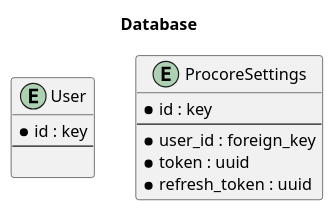
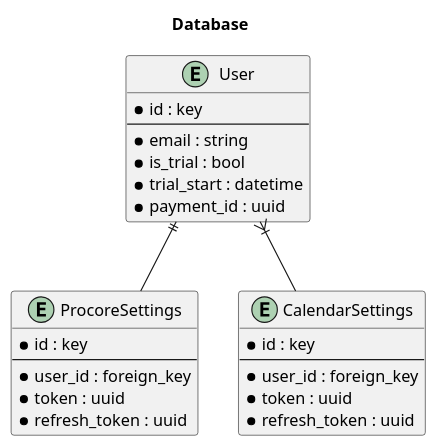
Before and after one commit to adhurjaty/procore-gcal: the diagram in diagrams/database.wsd, drawn with PlantUML. The commit also changed 3 other files, not shown here.

```diff
--- a/diagrams/database.wsd
+++ b/diagrams/database.wsd
@@ -1,19 +1,32 @@
 @startuml
 title Database
 
 entity User {
     * id : key
     ---
-    
+    * email : string
+    * is_trial : bool
+    * trial_start : datetime
+    * payment_id : uuid
 }
 
 entity ProcoreSettings {
     * id : key
     ---
     * user_id : foreign_key
     * token : uuid
     * refresh_token : uuid
 }
 
+entity CalendarSettings {
+    * id : key
+    ---
+    * user_id : foreign_key
+    * token : uuid
+    * refresh_token : uuid
+}
+
+User }|-- CalendarSettings
+User ||-- ProcoreSettings
 
 @enduml
```
